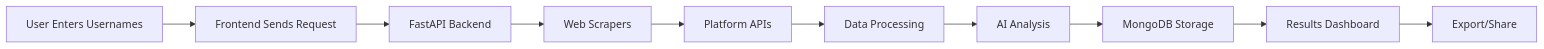
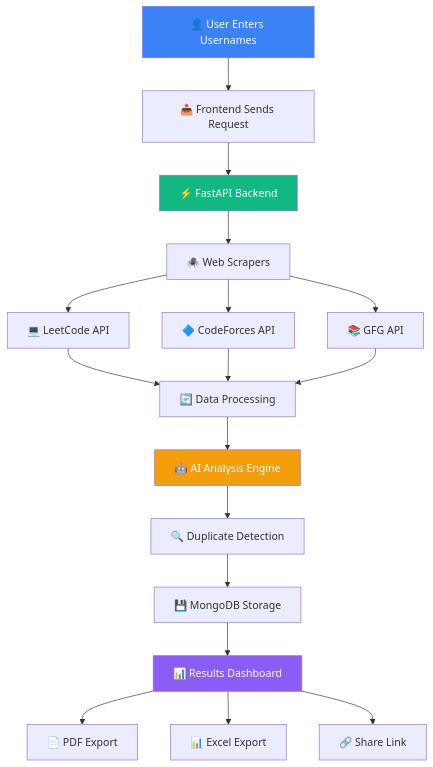
One commit to Aayush9808/Coding-Platform-Analyzer changed the diagram in README.md. Above: the diagram before and after it, drawn with Mermaid. The commit also changed other lines of this file and 7 other files, not shown here.

````diff
--- a/README.md
+++ b/README.md
@@ -315,12 +302,24 @@
 ```mermaid
-graph LR
-    A[User Enters Usernames] --> B[Frontend Sends Request]
-    B --> C[FastAPI Backend]
-    C --> D[Web Scrapers]
-    D --> E[Platform APIs]
-    E --> F[Data Processing]
-    F --> G[AI Analysis]
-    G --> H[MongoDB Storage]
-    H --> I[Results Dashboard]
-    I --> J[Export/Share]
+graph TB
+    A[👤 User Enters Usernames] --> B[📤 Frontend Sends Request]
+    B --> C[⚡ FastAPI Backend]
+    C --> D[🕷️ Web Scrapers]
+    D --> E1[💻 LeetCode API]
+    D --> E2[🔷 CodeForces API]
+    D --> E3[📚 GFG API]
+    E1 --> F[🔄 Data Processing]
+    E2 --> F
+    E3 --> F
+    F --> G[🤖 AI Analysis Engine]
+    G --> H[🔍 Duplicate Detection]
+    H --> I[💾 MongoDB Storage]
+    I --> J[📊 Results Dashboard]
+    J --> K1[📄 PDF Export]
+    J --> K2[📊 Excel Export]
+    J --> K3[🔗 Share Link]
+    
+    style A fill:#3B82F6,color:#fff
+    style C fill:#10B981,color:#fff
+    style G fill:#F59E0B,color:#fff
+    style J fill:#8B5CF6,color:#fff
 ```
````
